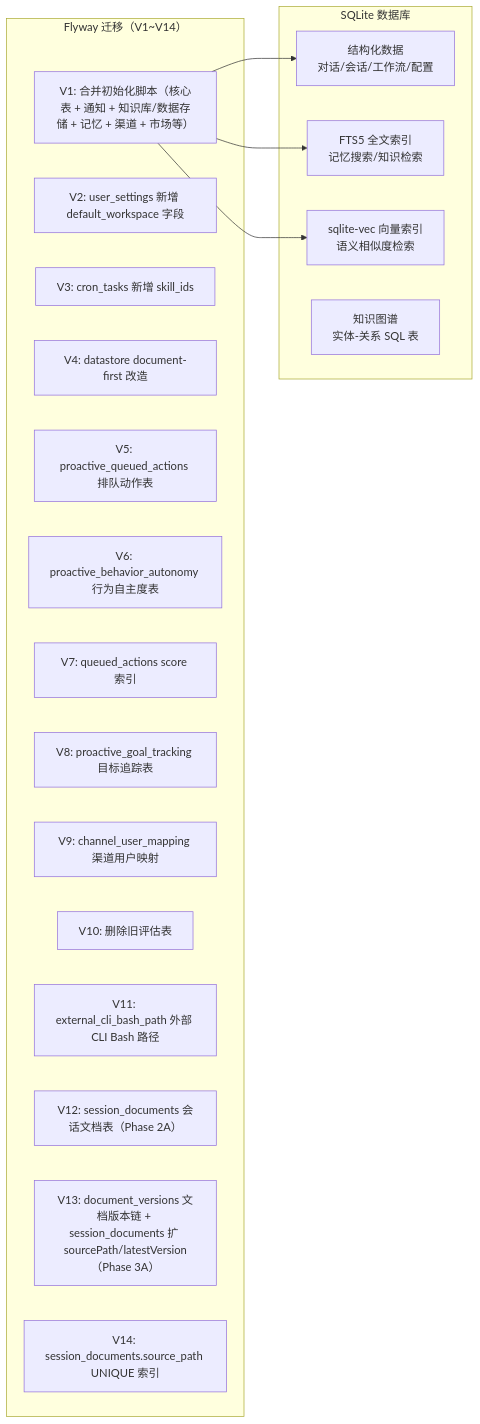
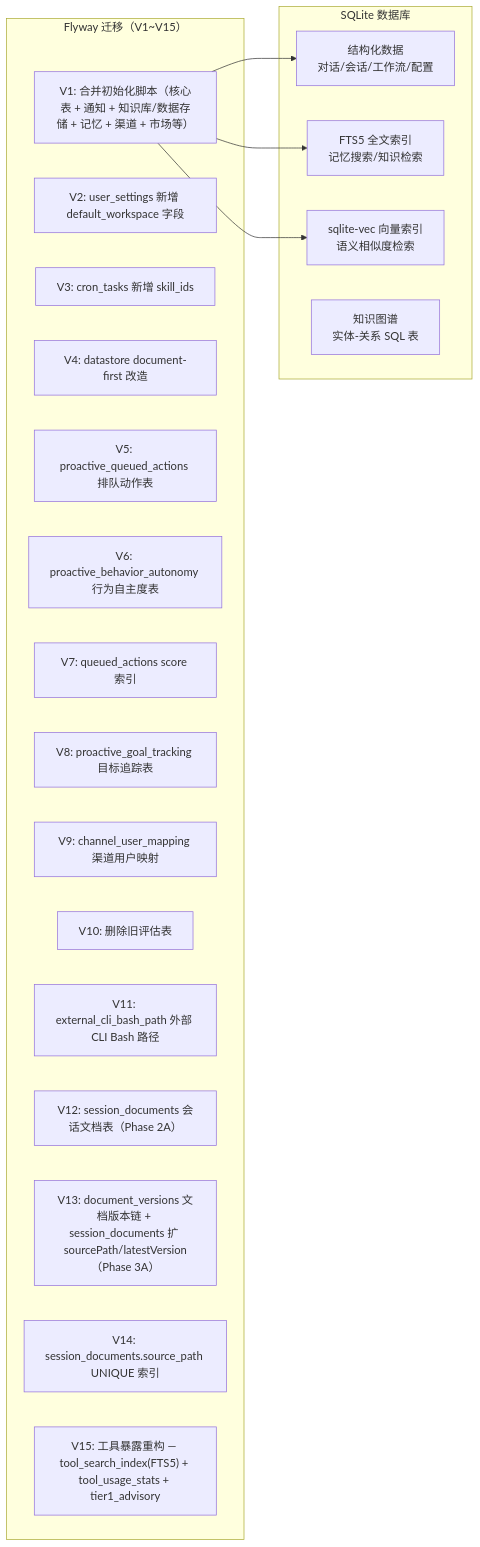
One commit to ntygod/LifePilot changed the third of 4 diagrams in docs/ARCHITECTURE.md. Above: the diagram before and after it, drawn with Mermaid. The commit also changed 10 other files, not shown here.

````diff
--- a/docs/ARCHITECTURE.md
+++ b/docs/ARCHITECTURE.md
@@ -185,30 +185,31 @@
 ```mermaid
 graph LR
     subgraph "SQLite 数据库"
         SQL["结构化数据<br/>对话/会话/工作流/配置"]
         FTS["FTS5 全文索引<br/>记忆搜索/知识检索"]
         VEC["sqlite-vec 向量索引<br/>语义相似度检索"]
         GRAPH["知识图谱<br/>实体-关系 SQL 表"]
     end
 
-    subgraph "Flyway 迁移（V1~V14）"
+    subgraph "Flyway 迁移（V1~V15）"
         V1["V1: 合并初始化脚本（核心表 + 通知 + 知识库/数据存储 + 记忆 + 渠道 + 市场等）"]
         V2["V2: user_settings 新增 default_workspace 字段"]
         V3["V3: cron_tasks 新增 skill_ids"]
         V4["V4: datastore document-first 改造"]
         V5["V5: proactive_queued_actions 排队动作表"]
         V6["V6: proactive_behavior_autonomy 行为自主度表"]
         V7["V7: queued_actions score 索引"]
         V8["V8: proactive_goal_tracking 目标追踪表"]
         V9["V9: channel_user_mapping 渠道用户映射"]
         V10["V10: 删除旧评估表"]
         V11["V11: external_cli_bash_path 外部 CLI Bash 路径"]
         V12["V12: session_documents 会话文档表（Phase 2A）"]
         V13["V13: document_versions 文档版本链 + session_documents 扩 sourcePath/latestVersion（Phase 3A）"]
         V14["V14: session_documents.source_path UNIQUE 索引"]
+        V15["V15: 工具暴露重构 — tool_search_index(FTS5) + tool_usage_stats + tier1_advisory"]
     end
 
     V1 --> SQL
     V1 --> FTS
     V1 --> VEC
 ```
````
